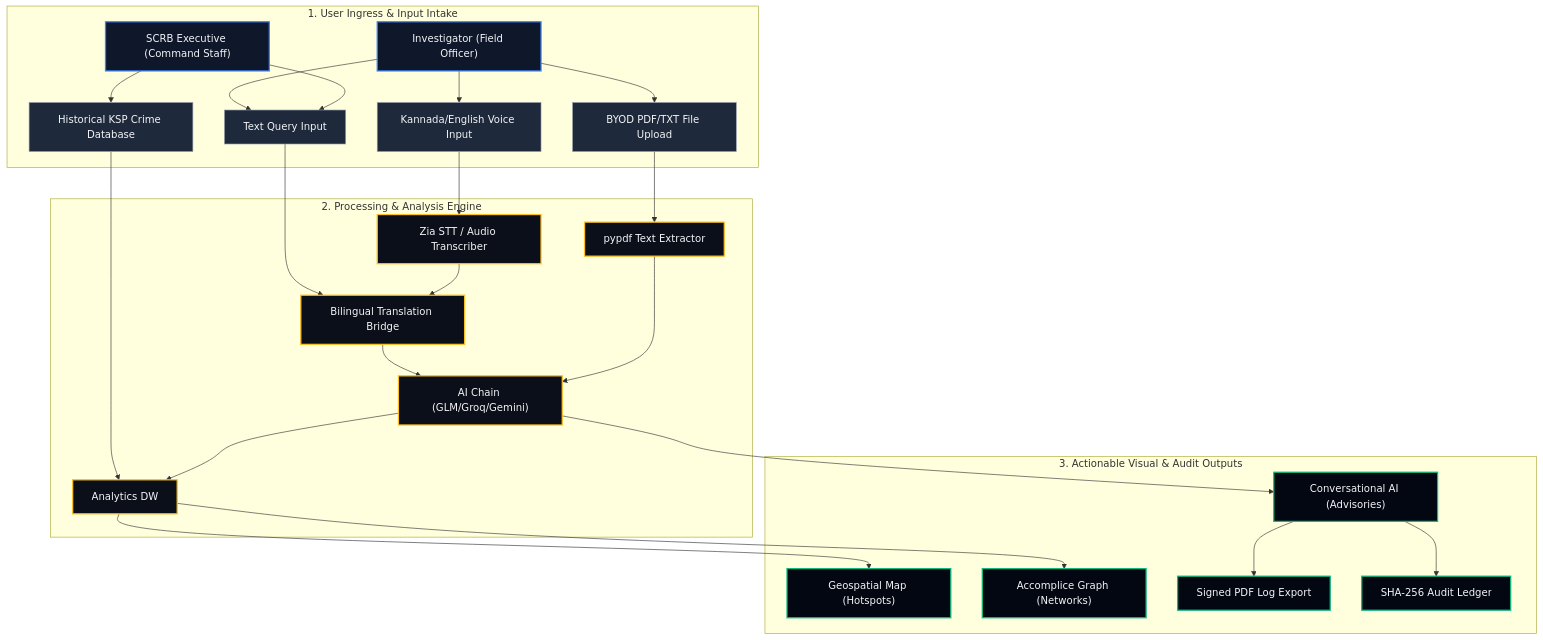
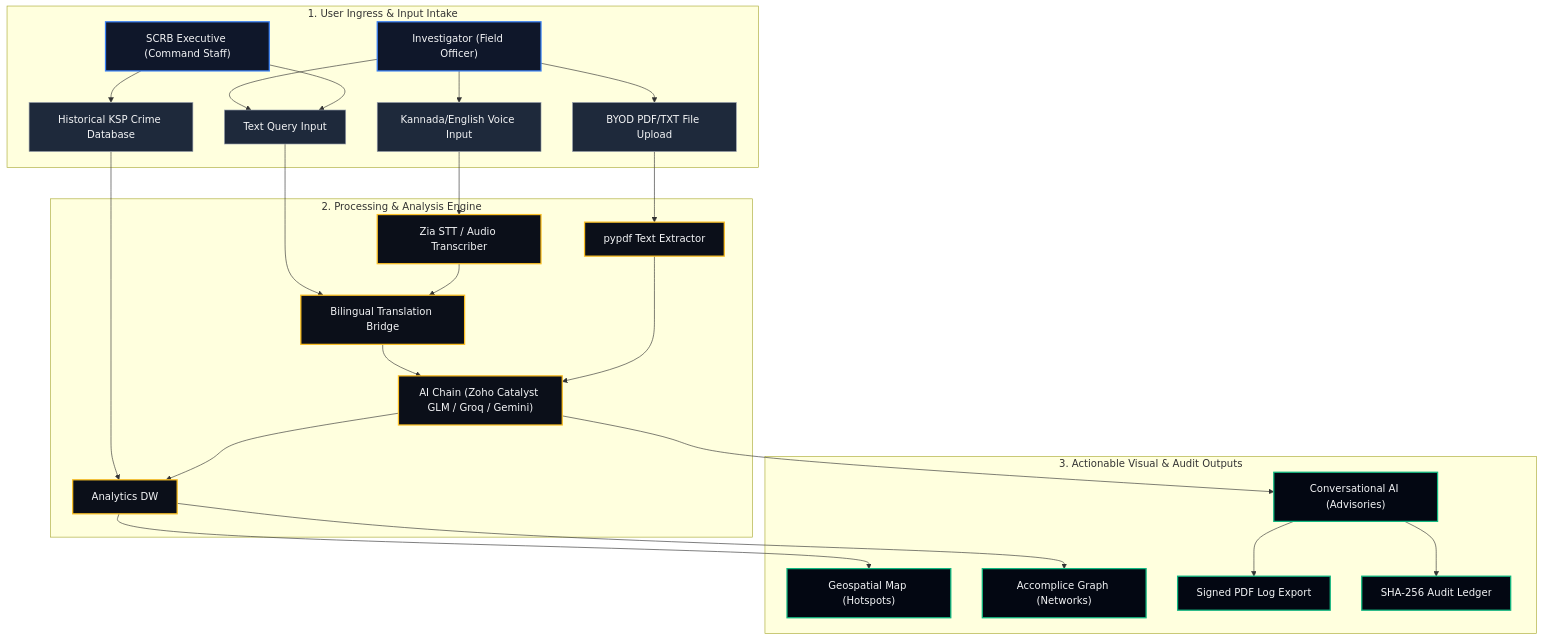
The second of 2 diagrams in README.md (chiraghs/Vyuha-Network), drawn with Mermaid before and after one commit. The commit also changed other lines of this file, not shown here.

Commit message:
docs: simplify system architecture to a high-level model

````diff
--- a/README.md
+++ b/README.md
@@ -142,67 +173,67 @@
 ```mermaid
 flowchart TD
     %% Custom Node Styling Classes
     classDef user fill:#0F172A,stroke:#3B82F6,stroke-width:2px,color:#F3F4F6;
     classDef ingest fill:#1E293B,stroke:#9CA3AF,stroke-width:1px,color:#F3F4F6;
     classDef process fill:#0B0F19,stroke:#FBBF24,stroke-width:2px,color:#F3F4F6;
     classDef output fill:#030712,stroke:#10B981,stroke-width:2px,color:#F3F4F6;
 
     subgraph Layer1["1. User Ingress & Input Intake"]
         INV["Investigator (Field Officer)"]
         EXEC["SCRB Executive (Command Staff)"]
         VOICE["Kannada/English Voice Input"]
         TEXT["Text Query Input"]
         DOCS["BYOD PDF/TXT File Upload"]
         HIST["Historical KSP Crime Database"]
     end
 
     subgraph Layer2["2. Processing & Analysis Engine"]
         STT["Zia STT / Audio Transcriber"]
         TRANS["Bilingual Translation Bridge"]
         EXTR["pypdf Text Extractor"]
-        AI_QUERY["AI Chain (GLM/Groq/Gemini)"]
+        AI_QUERY["AI Chain (Zoho Catalyst GLM / Groq / Gemini)"]
         DB_QUERY["Analytics DW"]
     end
 
     subgraph Layer3["3. Actionable Visual & Audit Outputs"]
         MAP["Geospatial Map (Hotspots)"]
         NET["Accomplice Graph (Networks)"]
         CHAT["Conversational AI (Advisories)"]
         PDF["Signed PDF Log Export"]
         LEDGER["SHA-256 Audit Ledger"]
     end
 
     %% User to Input Routing
     INV --> VOICE
     INV --> TEXT
     INV --> DOCS
     EXEC --> TEXT
     EXEC --> HIST
 
     %% Input to Processing Ingestion
     VOICE --> STT
     TEXT --> TRANS
     DOCS --> EXTR
     HIST --> DB_QUERY
 
     %% Ingestion Pipeline Flow
     STT --> TRANS
     TRANS --> AI_QUERY
     EXTR --> AI_QUERY
     
     %% AI to Analytics DB Lookup
     AI_QUERY --> DB_QUERY
 
     %% Final Outputs Generation
     DB_QUERY --> MAP
     DB_QUERY --> NET
     AI_QUERY --> CHAT
     CHAT --> LEDGER
     CHAT --> PDF
 
     %% Assigning Classes to Nodes
     class INV,EXEC user;
     class VOICE,TEXT,DOCS,HIST ingest;
     class STT,TRANS,EXTR,AI_QUERY,DB_QUERY process;
     class MAP,NET,CHAT,PDF,LEDGER output;
 ```
````
